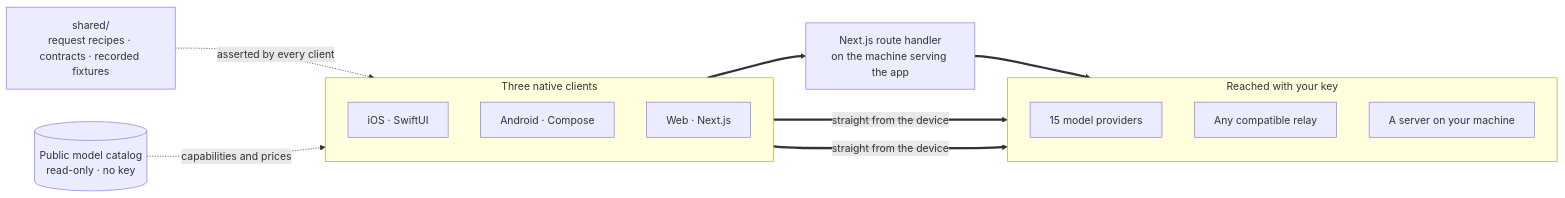
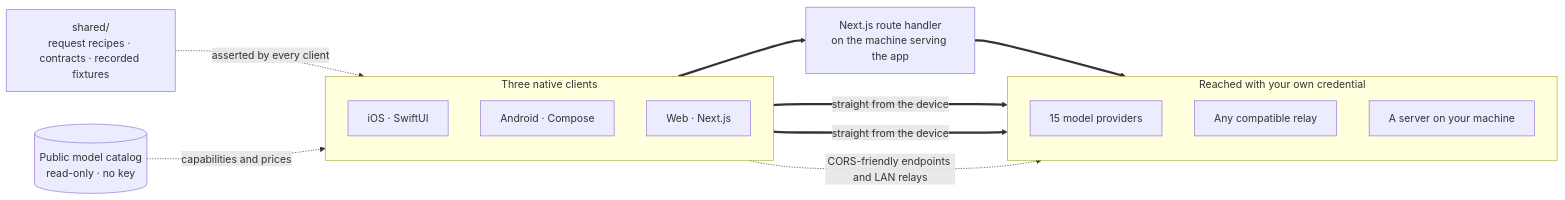
Before and after one commit to oriveo/oriveo: the diagram in README.md, drawn with Mermaid. The commit also changed other lines of this file and 6 other files, not shown here.

````diff
--- a/README.md
+++ b/README.md
@@ -179,26 +186,27 @@
 ```mermaid
 flowchart LR
     shared["shared/<br/>request recipes · contracts · recorded fixtures"]
 
     subgraph clients ["Three native clients"]
         direction TB
         ios["iOS · SwiftUI"]
         android["Android · Compose"]
         web["Web · Next.js"]
     end
 
     route["Next.js route handler<br/>on the machine serving the app"]
 
-    subgraph upstream ["Reached with your key"]
+    subgraph upstream ["Reached with your own credential"]
         official["15 model providers"]
         relay["Any compatible relay"]
         local["A server on your machine"]
     end
 
     catalog[("Public model catalog<br/>read-only · no key")]
 
     shared -.->|"asserted by every client"| clients
     catalog -.->|"capabilities and prices"| clients
     ios & android ==>|"straight from the device"| upstream
     web ==> route ==> upstream
+    web -.->|"CORS-friendly endpoints and LAN relays"| upstream
 ```
````
